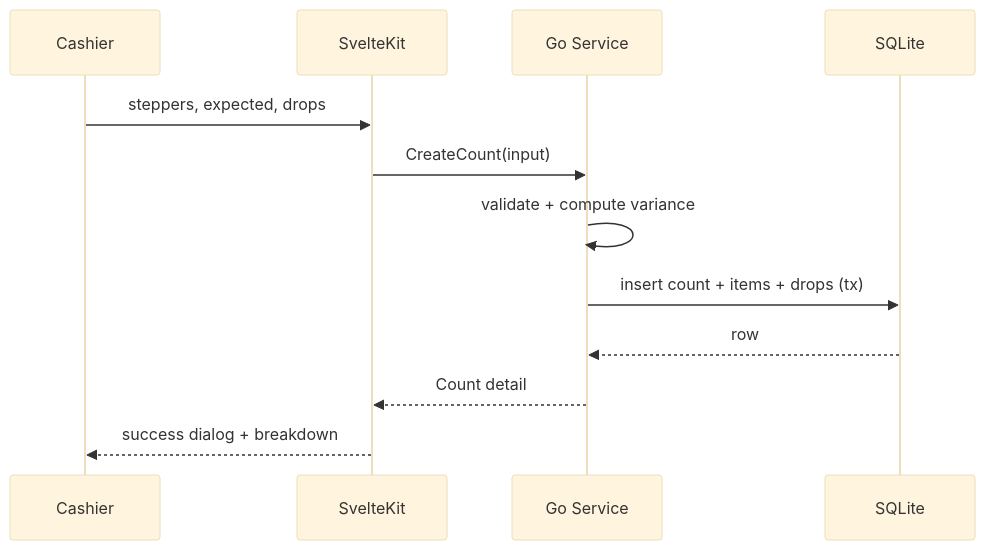
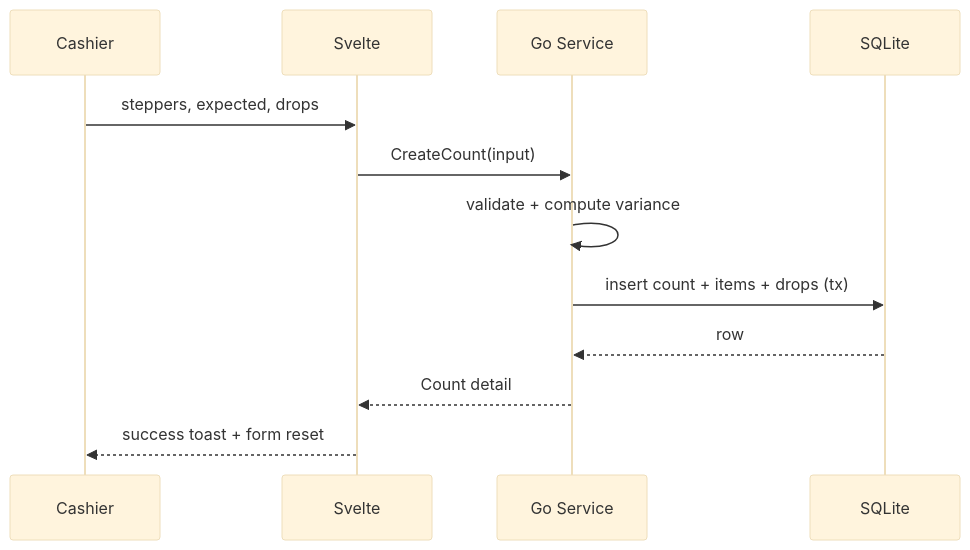
Before and after one commit to tidjee-dev/cash-count: the third of 3 diagrams in DOCUMENTATION.md, drawn with Mermaid (base theme). The commit also changed other lines of this file and 1 other file, not shown here.

````diff
--- a/DOCUMENTATION.md
+++ b/DOCUMENTATION.md
@@ -141,14 +148,14 @@
 ```mermaid
 sequenceDiagram
   participant U as Cashier
-  participant F as SvelteKit
+  participant F as Svelte
   participant G as Go Service
   participant D as SQLite
   U->>F: steppers, expected, drops
   F->>G: CreateCount(input)
   G->>G: validate + compute variance
   G->>D: insert count + items + drops (tx)
   D-->>G: row
   G-->>F: Count detail
-  F-->>U: success dialog + breakdown
+  F-->>U: success toast + form reset
 ```
````
